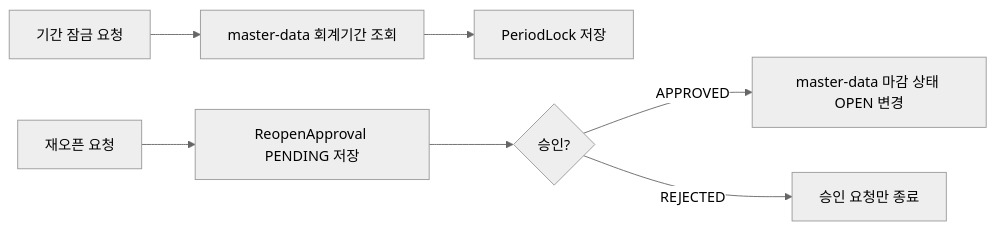
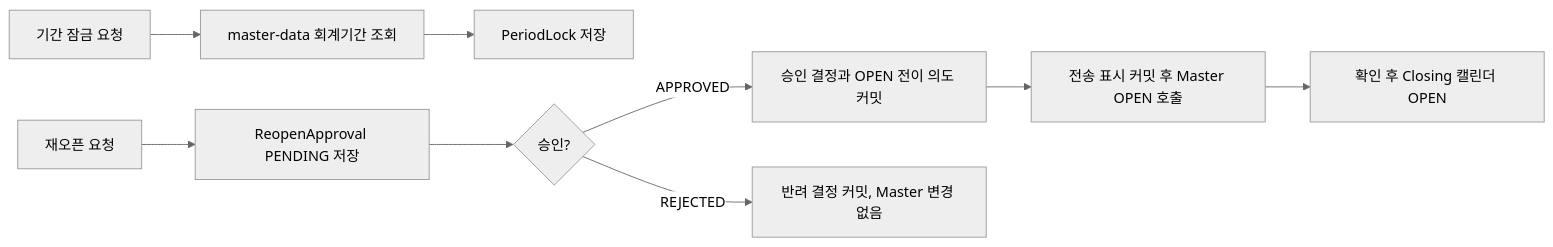
The third of 5 diagrams in closing/docs/process-flow.md (skyg547/account), drawn with Mermaid (neutral theme) before and after one commit. The commit also changed other lines of this file and 30 other files, not shown here.

````diff
--- a/closing/docs/process-flow.md
+++ b/closing/docs/process-flow.md
@@ -83,9 +84,11 @@
 ```mermaid
 flowchart LR
     A[기간 잠금 요청] --> B[master-data 회계기간 조회]
     B --> C[PeriodLock 저장]
     D[재오픈 요청] --> E[ReopenApproval PENDING 저장]
     E --> F{승인?}
-    F -->|APPROVED| G[master-data 마감 상태 OPEN 변경]
-    F -->|REJECTED| H[승인 요청만 종료]
+    F -->|APPROVED| G[승인 결정과 OPEN 전이 의도 커밋]
+    G --> I[전송 표시 커밋 후 Master OPEN 호출]
+    I --> J[확인 후 Closing 캘린더 OPEN]
+    F -->|REJECTED| H[반려 결정 커밋, Master 변경 없음]
 ```
````
